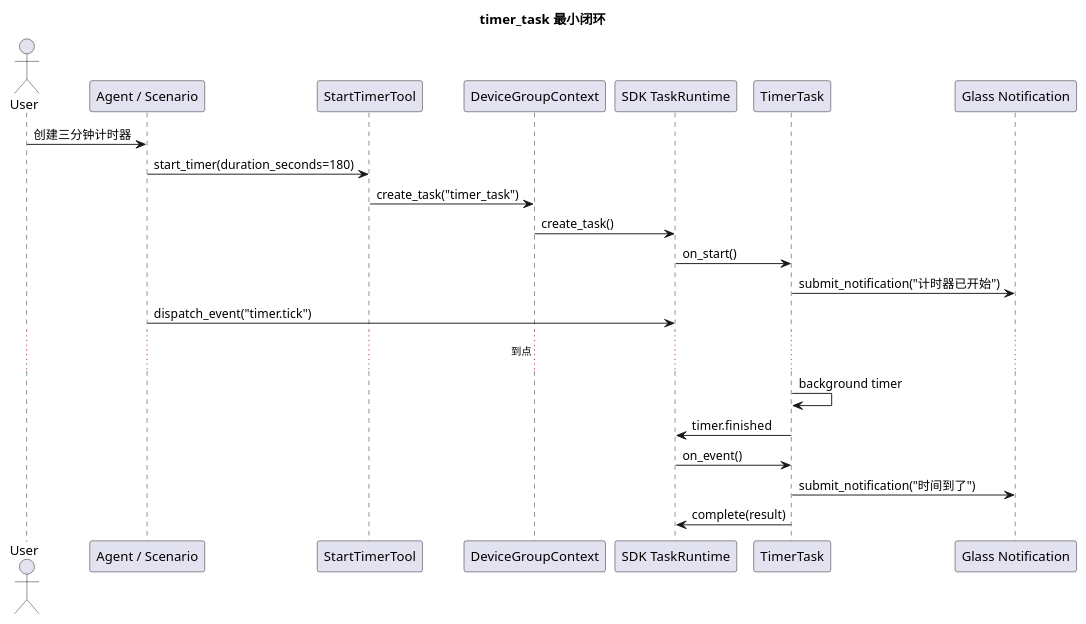
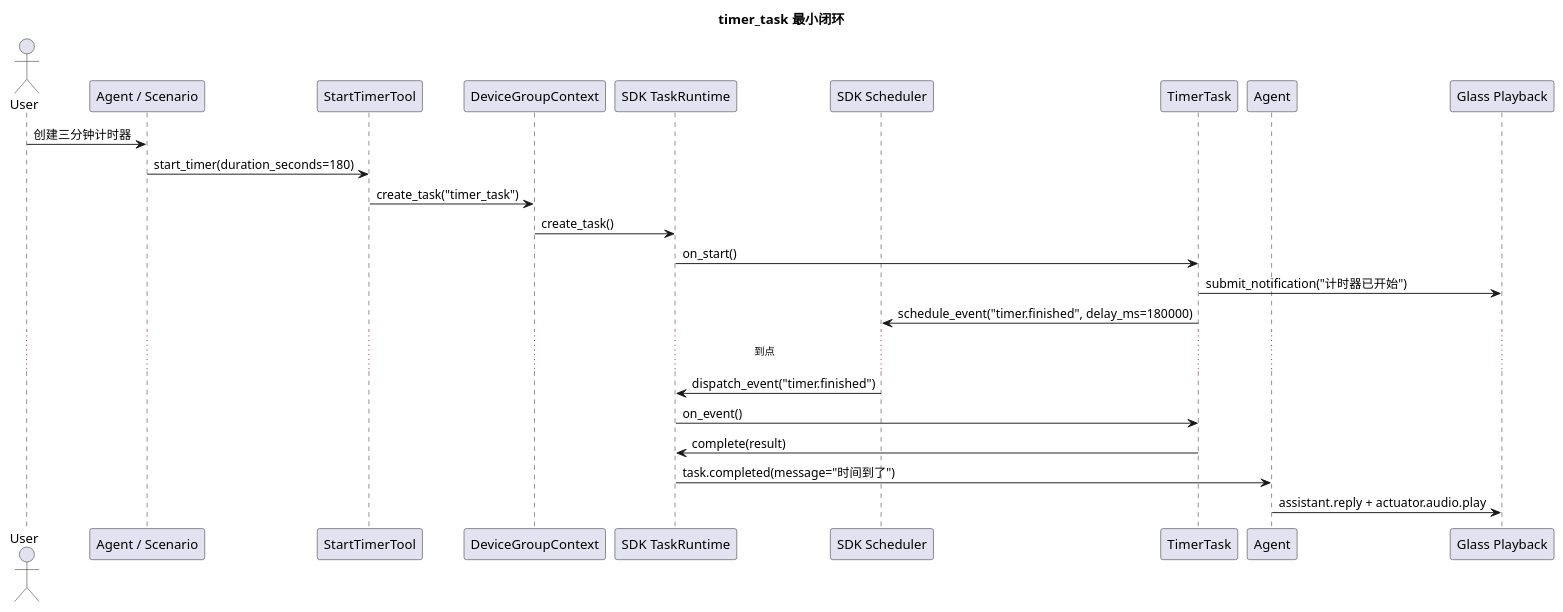
The diagram in openaiglass-for-blind/docs/stage1/develop/PhaseF-timer-task最小闭环实施文档.md (HengeLiu/RealtimeAgent), drawn with PlantUML before and after one commit. The commit also changed other lines of this file and 6 other files, not shown here.

````diff
--- a/openaiglass-for-blind/docs/stage1/develop/PhaseF-timer-task最小闭环实施文档.md
+++ b/openaiglass-for-blind/docs/stage1/develop/PhaseF-timer-task最小闭环实施文档.md
@@ -43,28 +43,30 @@
 ```plantuml
 @startuml
 title timer_task 最小闭环
 
 actor User as user
 participant "Agent / Scenario" as agent
 participant "StartTimerTool" as tool
 participant "DeviceGroupContext" as ctx
 participant "SDK TaskRuntime" as runtime
+participant "SDK Scheduler" as scheduler
 participant "TimerTask" as task
-participant "Glass Notification" as glass
+participant "Agent" as agent2
+participant "Glass Playback" as glass
 
 user -> agent: 创建三分钟计时器
 agent -> tool: start_timer(duration_seconds=180)
 tool -> ctx: create_task("timer_task")
 ctx -> runtime: create_task()
 runtime -> task: on_start()
 task -> glass: submit_notification("计时器已开始")
-agent -> runtime: dispatch_event("timer.tick")
+task -> scheduler: schedule_event("timer.finished", delay_ms=180000)
 ... 到点 ...
-task -> task: background timer
-task -> runtime: timer.finished
+scheduler -> runtime: dispatch_event("timer.finished")
 runtime -> task: on_event()
-task -> glass: submit_notification("时间到了")
 task -> runtime: complete(result)
+runtime -> agent2: task.completed(message="时间到了")
+agent2 -> glass: assistant.reply + actuator.audio.play
 
 @enduml
 ```
````
